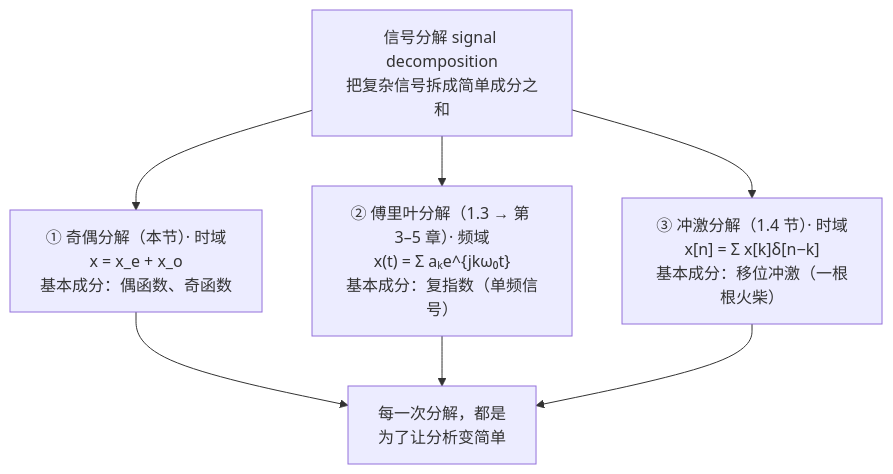
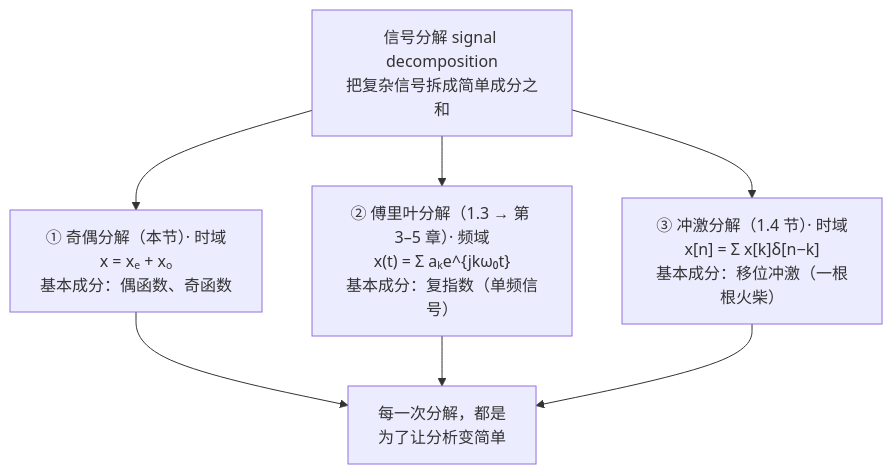
Before and after one commit to KayeAdams515/ClaudeNotes: the fourth of 4 diagrams in 信号与系统/C1.2 自变量的变换.md, drawn with Mermaid. The commit also changed other lines of this file and 23 other files, not shown here.

````diff
--- a/信号与系统/C1.2 自变量的变换.md
+++ b/信号与系统/C1.2 自变量的变换.md
@@ -444,10 +586,10 @@
 ```mermaid
 flowchart TD
     D["信号分解 signal decomposition<br/>把复杂信号拆成简单成分之和"]
-    D --> D1["① 奇偶分解（本节）· 时域<br/>x = x_e + x_o<br/>基本成分：偶函数、奇函数"]
+    D --> D1["① 奇偶分解（本节）· 时域<br/>x = xₑ + xₒ<br/>基本成分：偶函数、奇函数"]
     D --> D2["② 傅里叶分解（1.3 → 第 3–5 章）· 频域<br/>x(t) = Σ aₖe^{jkω₀t}<br/>基本成分：复指数（单频信号）"]
     D --> D3["③ 冲激分解（1.4 节）· 时域<br/>x[n] = Σ x[k]δ[n−k]<br/>基本成分：移位冲激（一根根火柴）"]
     D1 --> W["每一次分解，都是<br/>为了让分析变简单"]
     D2 --> W
     D3 --> W
 ```
````
